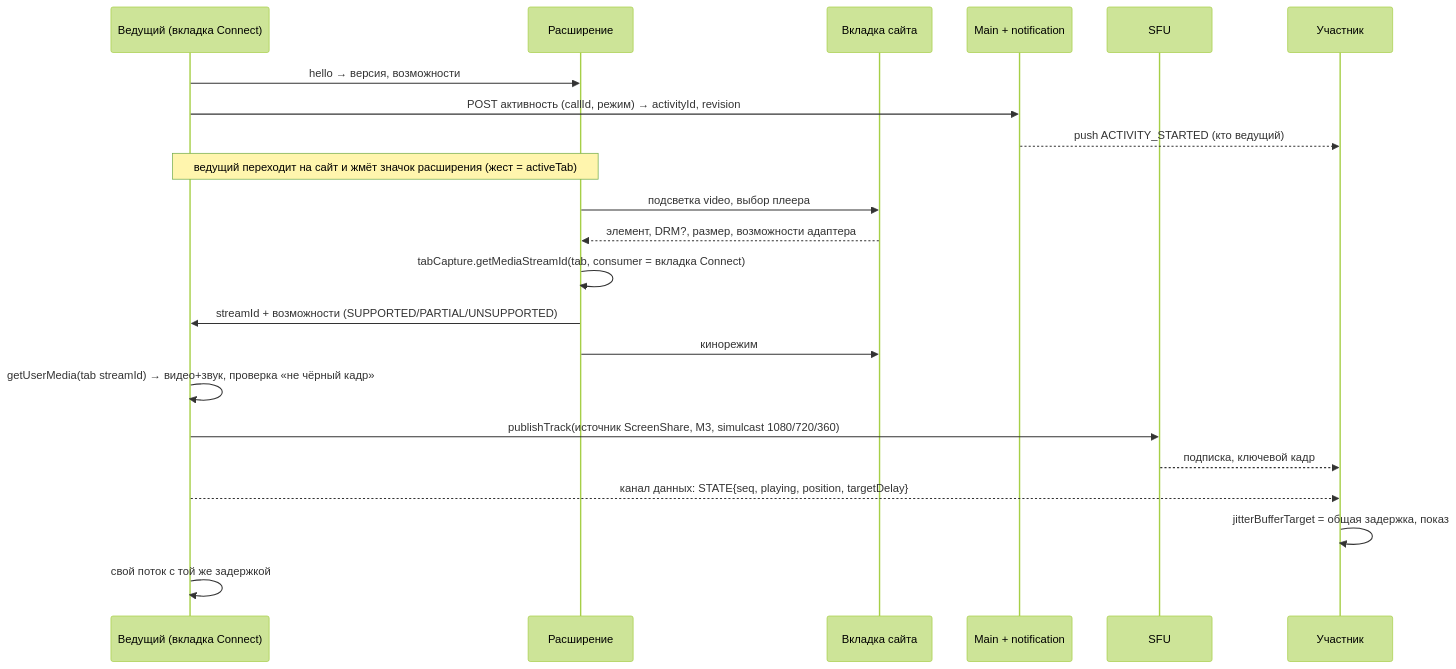
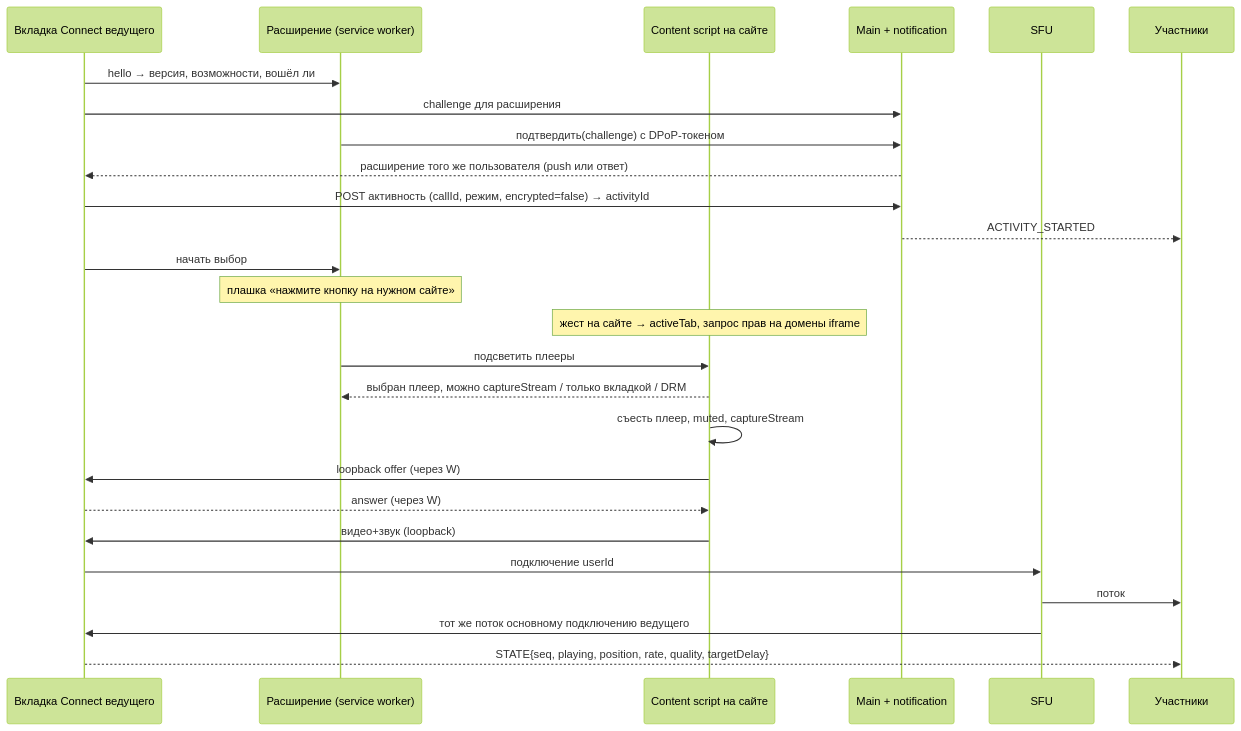
One commit to 59Alex/docs changed the second of 2 diagrams in activity-share-analysis.md. Above: the diagram before and after it, drawn with Mermaid (forest theme). The commit also changed other lines of this file and 25 other files, not shown here.

First line of the commit message:
Анализ activity-share, ред. 2: расширение «съедает» плеер, поток во вкладку Connect

````diff
--- a/activity-share-analysis.md
+++ b/activity-share-analysis.md
@@ -155,24 +169,28 @@
 ```mermaid
 sequenceDiagram
-  participant H as Ведущий (вкладка Connect)
-  participant E as Расширение
-  participant S as Вкладка сайта
+  participant C as Вкладка Connect ведущего
+  participant W as Расширение (service worker)
+  participant S as Content script на сайте
   participant M as Main + notification
   participant F as SFU
-  participant V as Участник
-  H->>E: hello → версия, возможности
-  H->>M: POST активность (callId, режим) → activityId, revision
-  M-->>V: push ACTIVITY_STARTED (кто ведущий)
-  Note over H,E: ведущий переходит на сайт и жмёт значок расширения (жест = activeTab)
-  E->>S: подсветка video, выбор плеера
-  S-->>E: элемент, DRM?, размер, возможности адаптера
-  E->>E: tabCapture.getMediaStreamId(tab, consumer = вкладка Connect)
-  E->>H: streamId + возможности (SUPPORTED/PARTIAL/UNSUPPORTED)
-  E->>S: кинорежим
-  H->>H: getUserMedia(tab streamId) → видео+звук, проверка «не чёрный кадр»
-  H->>F: publishTrack(источник ScreenShare, M3, simulcast 1080/720/360)
-  F-->>V: подписка, ключевой кадр
-  H-->>V: канал данных: STATE{seq, playing, position, targetDelay}
-  V->>V: jitterBufferTarget = общая задержка, показ
-  H->>H: свой поток с той же задержкой
+  participant V as Участники
+  C->>W: hello → версия, возможности, вошёл ли
+  C->>M: challenge для расширения
+  W->>M: подтвердить(challenge) с DPoP-токеном
+  M-->>C: расширение того же пользователя (push или ответ)
+  C->>M: POST активность (callId, режим, encrypted=false) → activityId
+  M-->>V: ACTIVITY_STARTED
+  C->>W: начать выбор
+  Note over W: плашка «нажмите кнопку на нужном сайте»
+  Note over S: жест на сайте → activeTab, запрос прав на домены iframe
+  W->>S: подсветить плееры
+  S-->>W: выбран плеер, можно captureStream / только вкладкой / DRM
+  S->>S: съесть плеер, muted, captureStream
+  S->>C: loopback offer (через W)
+  C-->>S: answer (через W)
+  S->>C: видео+звук (loopback)
+  C->>F: подключение userId#activity, publish (simulcast, без E2EE)
+  F->>V: поток
+  F->>C: тот же поток основному подключению ведущего
+  C-->>V: STATE{seq, playing, position, rate, quality, targetDelay}
 ```
````
